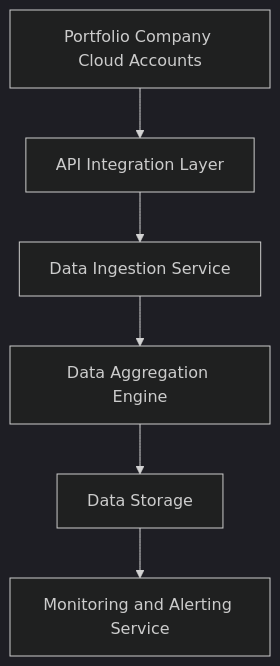
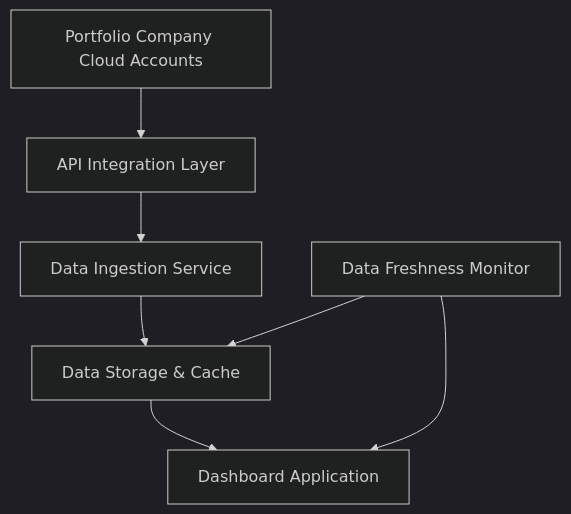
The diagram in HLD/QE-4756_HLD.md (Davamani-git/APB_Demo), drawn with Mermaid (dark theme) before and after one commit. The commit also changed other lines of this file, not shown here.

````diff
--- a/HLD/QE-4756_HLD.md
+++ b/HLD/QE-4756_HLD.md
@@ -7,15 +7,15 @@
 ```mermaid
 flowchart TD
     A["Portfolio Company Cloud Accounts"]
     B["API Integration Layer"]
     C["Data Ingestion Service"]
-    D["Data Aggregation Engine"]
-    E["Data Storage"]
-    F["Monitoring and Alerting Service"]
-    
+    D["Data Storage & Cache"]
+    E["Data Freshness Monitor"]
+    F["Dashboard Application"]
     A --> B
     B --> C
     C --> D
-    D --> E
+    D --> F
+    E --> D
     E --> F
 ```
````
